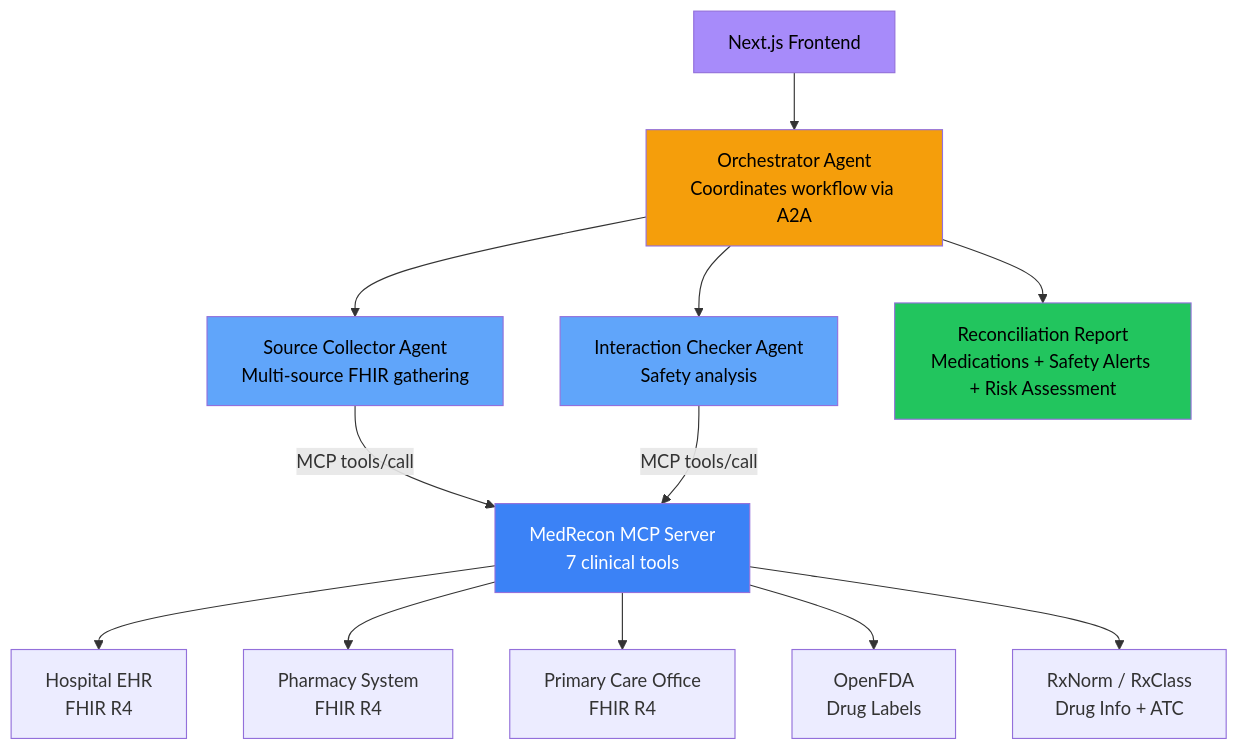
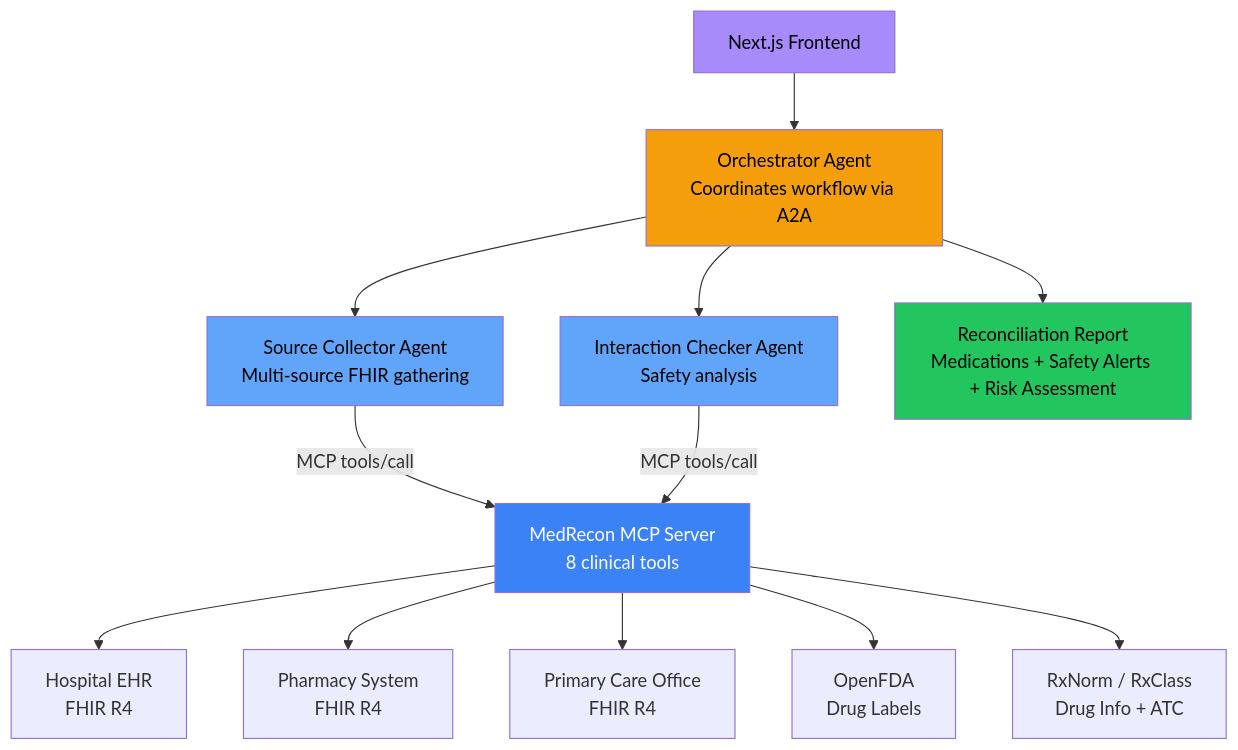
One commit to astraedus/medrecon changed the diagram in README.md. Above: the diagram before and after it, drawn with Mermaid. The commit also changed other lines of this file, not shown here.

Commit message:
Update README: 8 tools, add generate_fhir_output and FHIR output to tech stack

````diff
--- a/README.md
+++ b/README.md
@@ -17,25 +17,25 @@
 ```mermaid
 graph TD
     UI[Next.js Frontend] --> ORCH
 
     ORCH[Orchestrator Agent<br/>Coordinates workflow via A2A] --> SC[Source Collector Agent<br/>Multi-source FHIR gathering]
     ORCH --> IC[Interaction Checker Agent<br/>Safety analysis]
 
-    SC -->|MCP tools/call| MCP[MedRecon MCP Server<br/>7 clinical tools]
+    SC -->|MCP tools/call| MCP[MedRecon MCP Server<br/>8 clinical tools]
     IC -->|MCP tools/call| MCP
 
     MCP --> FHIR1[Hospital EHR<br/>FHIR R4]
     MCP --> FHIR2[Pharmacy System<br/>FHIR R4]
     MCP --> FHIR3[Primary Care Office<br/>FHIR R4]
     MCP --> FDA[OpenFDA<br/>Drug Labels]
     MCP --> RX[RxNorm / RxClass<br/>Drug Info + ATC]
 
     ORCH --> REPORT[Reconciliation Report<br/>Medications + Safety Alerts + Risk Assessment]
 
     style ORCH fill:#f59e0b,color:#000
     style SC fill:#60a5fa,color:#000
     style IC fill:#60a5fa,color:#000
     style MCP fill:#3b82f6,color:#fff
     style REPORT fill:#22c55e,color:#000
     style UI fill:#a78bfa,color:#000
 ```
````
